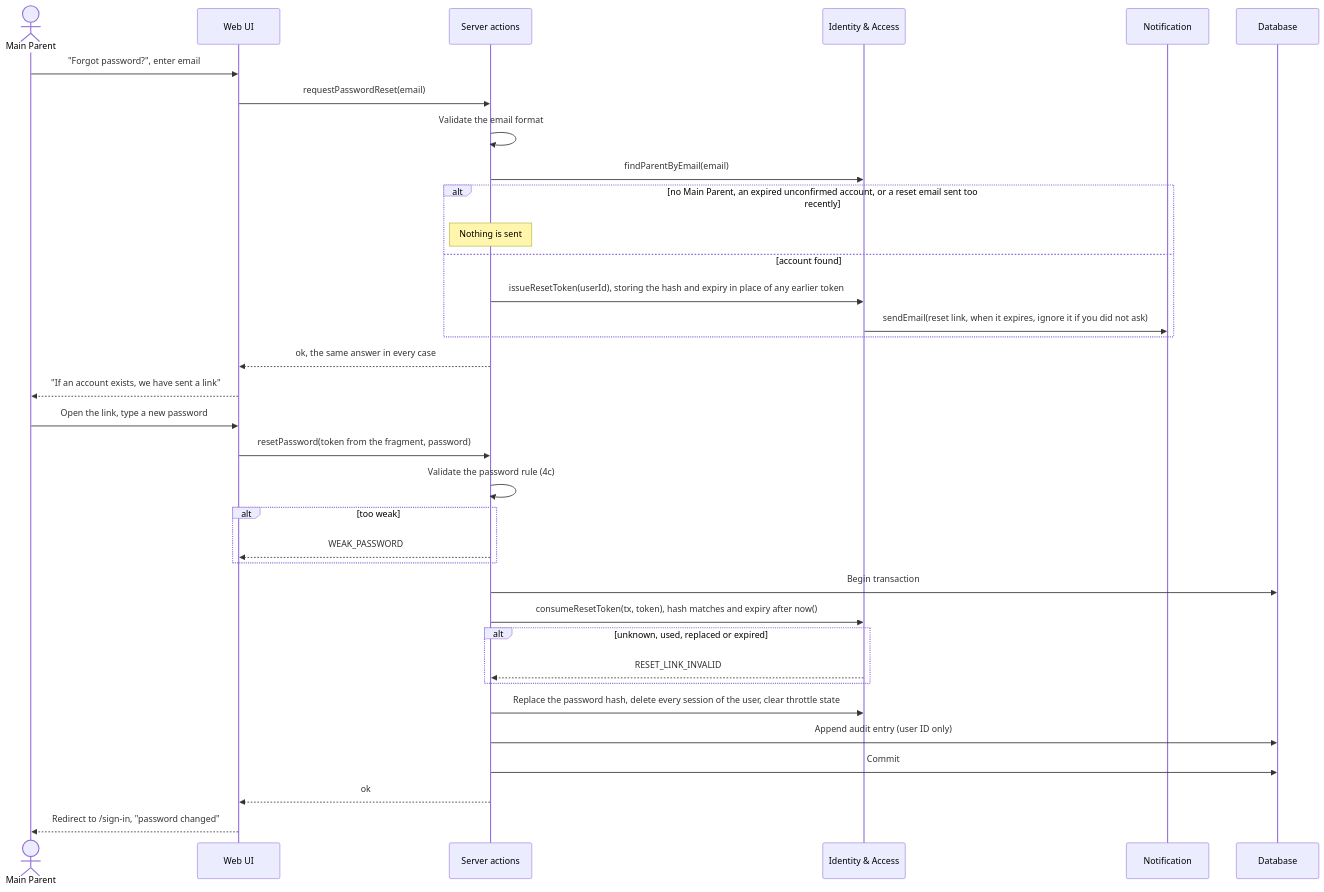
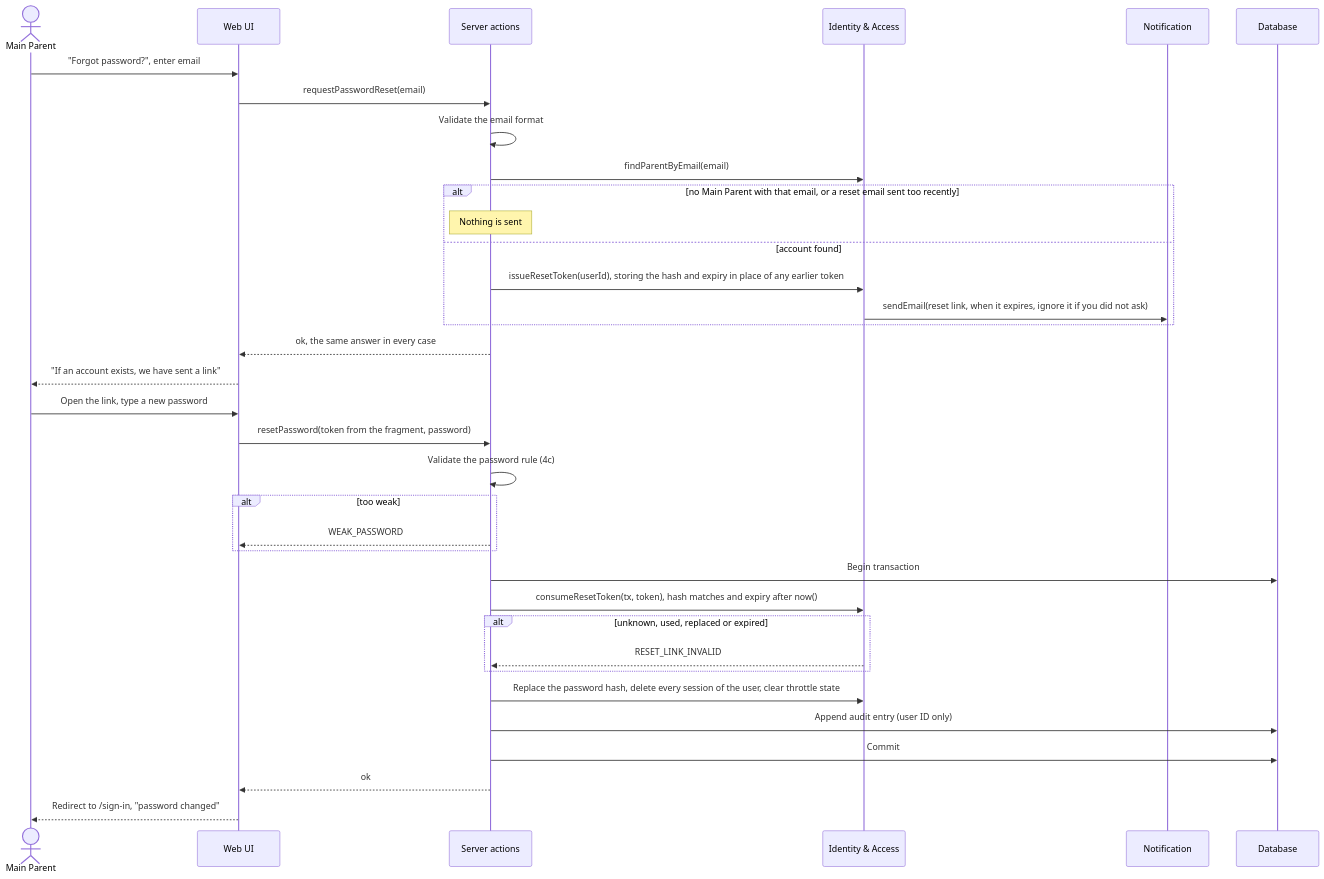
One commit to videogames21/book_buddies changed the ninth of 10 diagrams in design/par.md. Above: the diagram before and after it, drawn with Mermaid. The commit also changed other lines of this file and 2 other files, not shown here.

First line of the commit message:
Separate sign-in and reset from UC-PAR-onboarding in the design

````diff
--- a/design/par.md
+++ b/design/par.md
@@ -490,37 +524,37 @@
 ```mermaid
 sequenceDiagram
     actor P as Main Parent
     participant UI as Web UI
     participant ACT as Server actions
     participant IA as Identity & Access
     participant NOT as Notification
     participant DB as Database
     P->>UI: "Forgot password?", enter email
     UI->>ACT: requestPasswordReset(email)
     ACT->>ACT: Validate the email format
     ACT->>IA: findParentByEmail(email)
-    alt no Main Parent, an expired unconfirmed account, or a reset email sent too recently
+    alt no Main Parent with that email, or a reset email sent too recently
         Note over ACT: Nothing is sent
     else account found
         ACT->>IA: issueResetToken(userId), storing the hash and expiry in place of any earlier token
         IA->>NOT: sendEmail(reset link, when it expires, ignore it if you did not ask)
     end
     ACT-->>UI: ok, the same answer in every case
     UI-->>P: "If an account exists, we have sent a link"
     P->>UI: Open the link, type a new password
     UI->>ACT: resetPassword(token from the fragment, password)
     ACT->>ACT: Validate the password rule (4c)
     alt too weak
         ACT-->>UI: WEAK_PASSWORD
     end
     ACT->>DB: Begin transaction
     ACT->>IA: consumeResetToken(tx, token), hash matches and expiry after now()
     alt unknown, used, replaced or expired
         IA-->>ACT: RESET_LINK_INVALID
     end
     ACT->>IA: Replace the password hash, delete every session of the user, clear throttle state
     ACT->>DB: Append audit entry (user ID only)
     ACT->>DB: Commit
     ACT-->>UI: ok
     UI-->>P: Redirect to /sign-in, "password changed"
 ```
````
